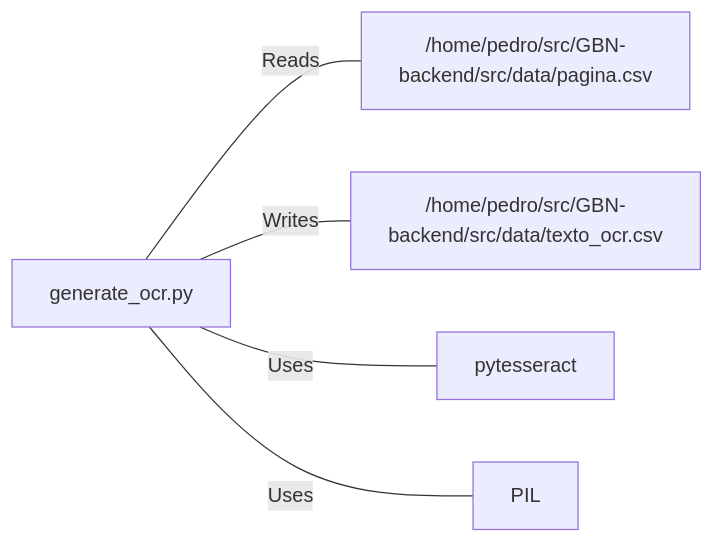
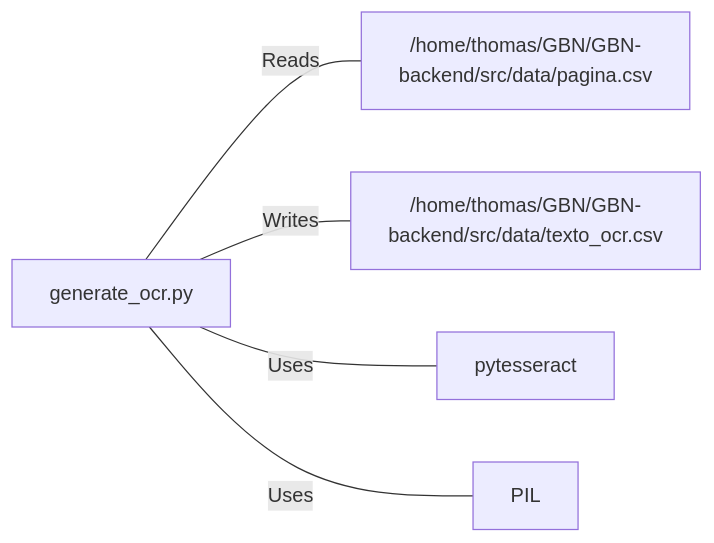
The second of 2 diagrams in docs/src/utils/generate_ocr.py.md (VRI-UFPR/GBN-backend), drawn with Mermaid before and after one commit. The commit also changed other lines of this file and 30 other files, not shown here.

````diff
--- a/docs/src/utils/generate_ocr.py.md
+++ b/docs/src/utils/generate_ocr.py.md
@@ -27,7 +27,7 @@
 ```mermaid
 graph LR
-    generate_ocr_py["generate_ocr.py"] --- |"Reads"| pagina_csv["/home/pedro/src/GBN-backend/src/data/pagina.csv"]
-    generate_ocr_py --- |"Writes"| texto_ocr_csv["/home/pedro/src/GBN-backend/src/data/texto_ocr.csv"]
+    generate_ocr_py["generate_ocr.py"] --- |"Reads"| pagina_csv["/home/thomas/GBN/GBN-backend/src/data/pagina.csv"]
+    generate_ocr_py --- |"Writes"| texto_ocr_csv["/home/thomas/GBN/GBN-backend/src/data/texto_ocr.csv"]
     generate_ocr_py --- |"Uses"| pytesseract["pytesseract"]
     generate_ocr_py --- |"Uses"| PIL["PIL"]
 ```
````
